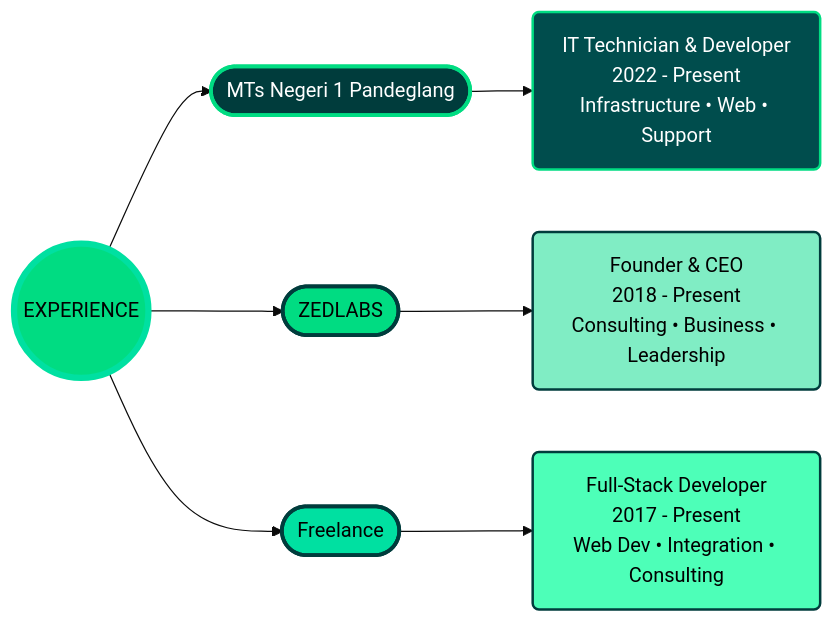
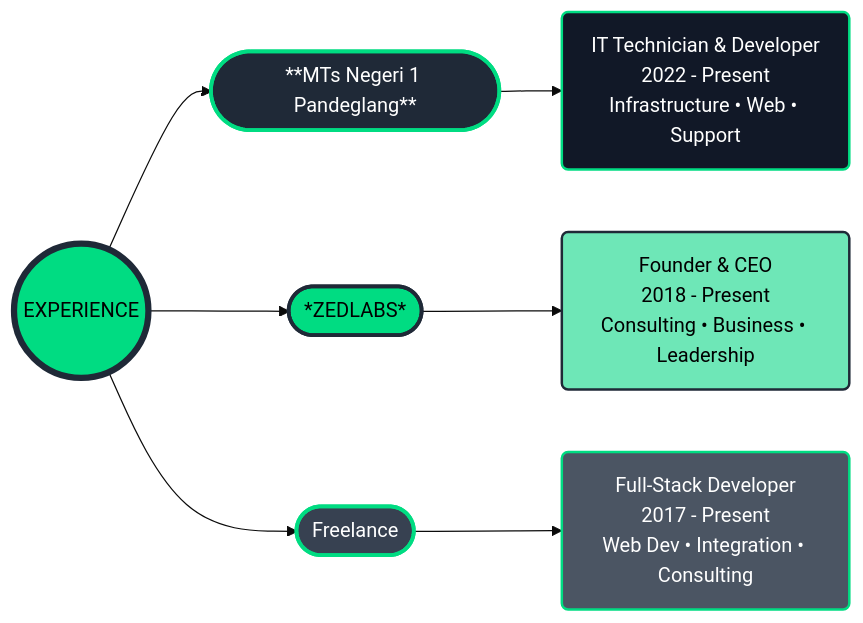
One commit to zulfikriyahya/zulfikriyahya changed the first of 2 diagrams in README.mdx. Above: the diagram before and after it, drawn with Mermaid (base theme).

````diff
--- a/README.mdx
+++ b/README.mdx
@@ -141,29 +141,29 @@
 ```mermaid
 graph LR
     START(("EXPERIENCE"))
 
-    A(["MTs Negeri 1 Pandeglang"])
+    A(["**MTs Negeri 1 Pandeglang**"])
     A1("IT Technician & Developer<br/>2022 - Present<br/>Infrastructure • Web • Support")
 
-    B(["ZEDLABS"])
+    B(["*ZEDLABS*"])
     B1("Founder & CEO<br/>2018 - Present<br/>Consulting • Business • Leadership")
 
     C(["Freelance"])
     C1("Full-Stack Developer<br/>2017 - Present<br/>Web Dev • Integration • Consulting")
 
     START --> A
     START --> B
     START --> C
 
     A --> A1
     B --> B1
     C --> C1
 
-    style START fill:#00DC82,stroke:#00E0A1,stroke-width:5px,color:#000
-    style A fill:#003C3C,stroke:#00DC82,stroke-width:3px,color:#fff
-    style B fill:#00DC82,stroke:#003C3C,stroke-width:3px,color:#000
-    style C fill:#00E0A1,stroke:#003C3C,stroke-width:3px,color:#000
-    style A1 fill:#004D4D,stroke:#00DC82,stroke-width:2px,color:#fff
-    style B1 fill:#80EDC4,stroke:#003C3C,stroke-width:2px,color:#000
-    style C1 fill:#4DFFB8,stroke:#003C3C,stroke-width:2px,color:#000
+    style START fill:#00DC82,stroke:#1F2937,stroke-width:5px,color:#000
+    style A fill:#1F2937,stroke:#00DC82,stroke-width:3px,color:#fff
+    style B fill:#00DC82,stroke:#1F2937,stroke-width:3px,color:#000
+    style C fill:#374151,stroke:#00DC82,stroke-width:3px,color:#fff
+    style A1 fill:#111827,stroke:#00DC82,stroke-width:2px,color:#fff
+    style B1 fill:#6EE7B7,stroke:#1F2937,stroke-width:2px,color:#000
+    style C1 fill:#4B5563,stroke:#00DC82,stroke-width:2px,color:#fff
 ```
````
